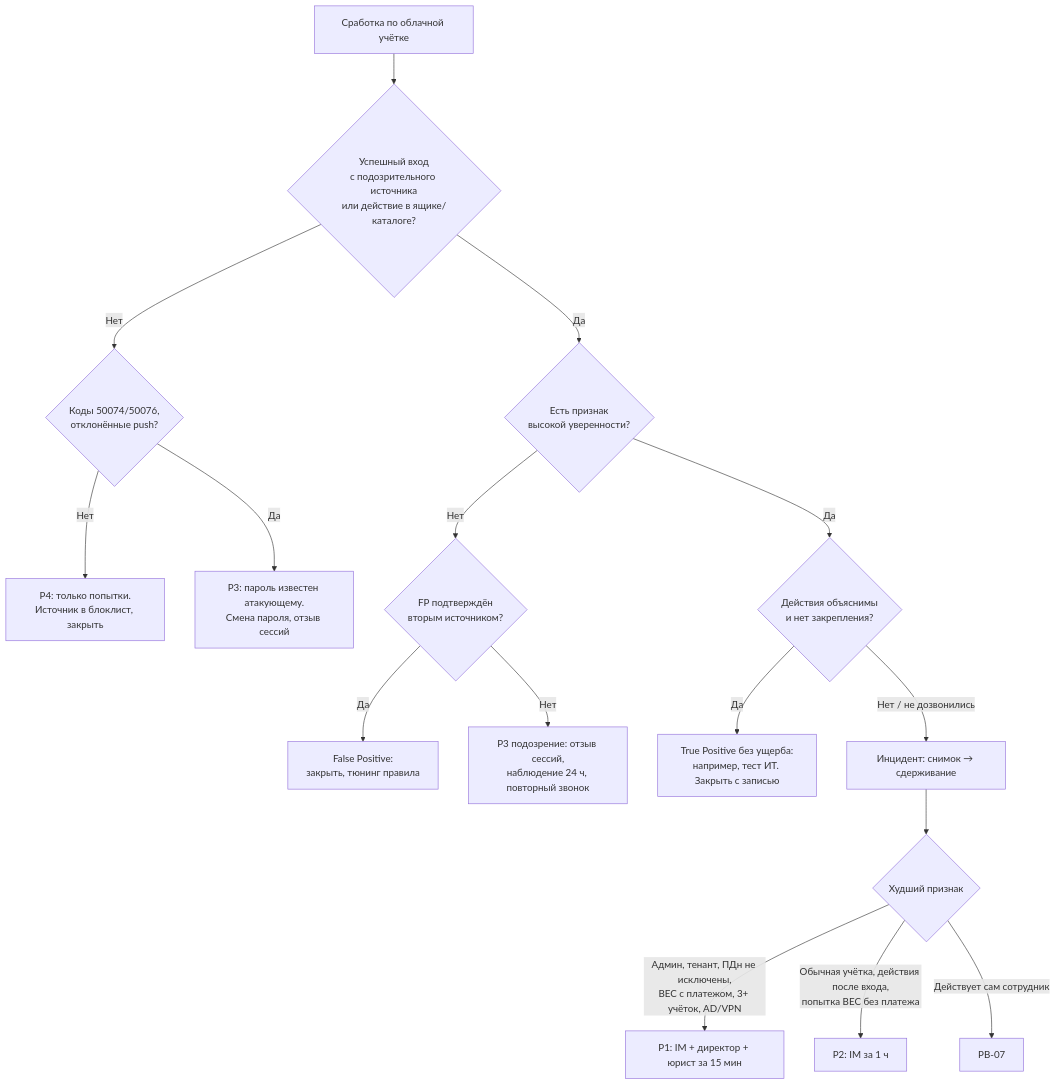
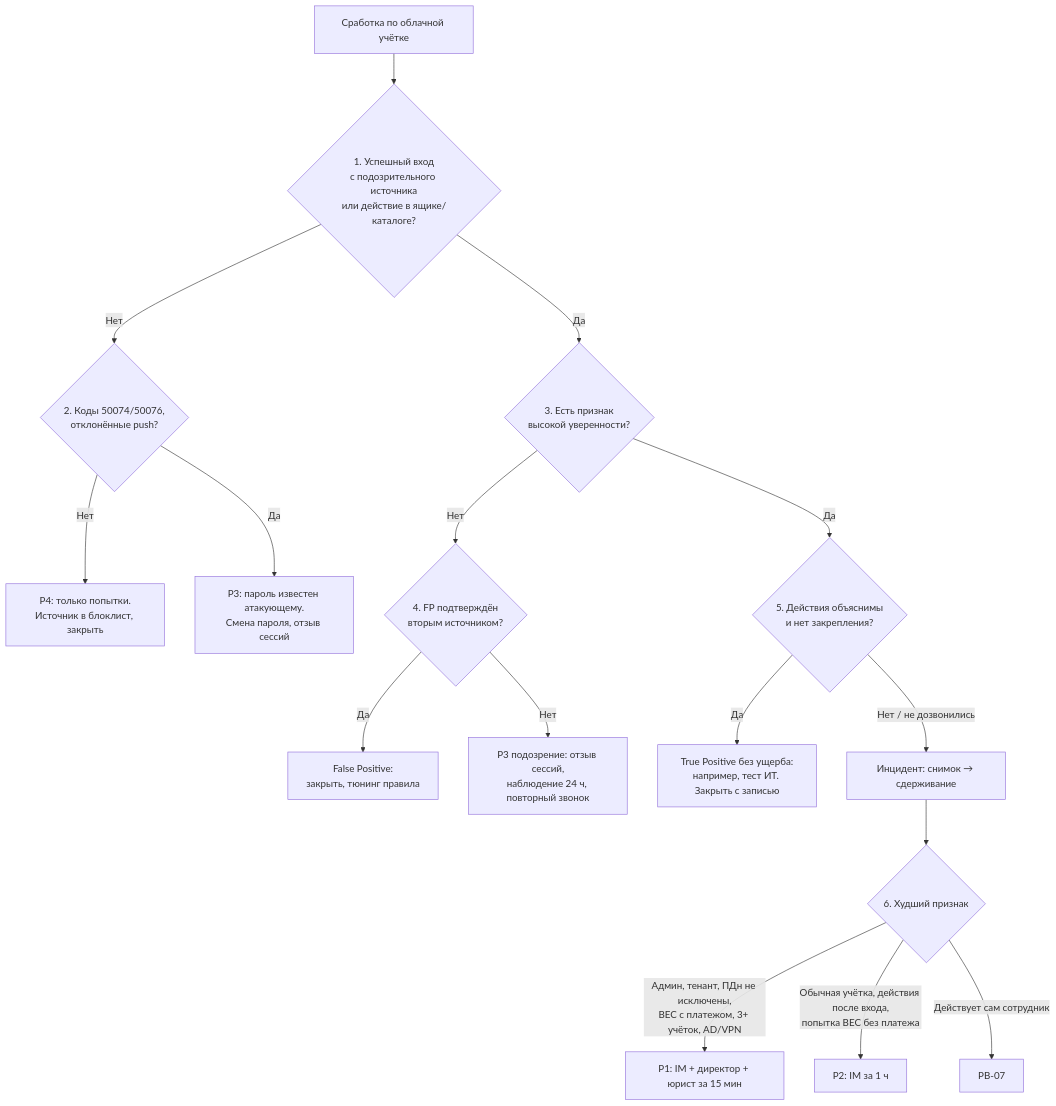
One commit to vehpbkrby/security-playbook changed the diagram in playbooks/PB-10-cloud-account-compromise.md. Above: the diagram before and after it, drawn with Mermaid. The commit also changed other lines of this file and 13 other files, not shown here.

````diff
--- a/playbooks/PB-10-cloud-account-compromise.md
+++ b/playbooks/PB-10-cloud-account-compromise.md
@@ -212,18 +166,18 @@
 ```mermaid
 flowchart TD
-    A[Сработка по облачной учётке] --> B{Успешный вход<br/>с подозрительного источника<br/>или действие в ящике/каталоге?}
-    B -- Нет --> C{Коды 50074/50076,<br/>отклонённые push?}
+    A[Сработка по облачной учётке] --> B{1. Успешный вход<br/>с подозрительного источника<br/>или действие в ящике/каталоге?}
+    B -- Нет --> C{2. Коды 50074/50076,<br/>отклонённые push?}
     C -- Нет --> P4[P4: только попытки.<br/>Источник в блоклист, закрыть]
     C -- Да --> P3a[P3: пароль известен атакующему.<br/>Смена пароля, отзыв сессий]
-    B -- Да --> D{Есть признак<br/>высокой уверенности?}
-    D -- Нет --> E{FP подтверждён<br/>вторым источником?}
+    B -- Да --> D{3. Есть признак<br/>высокой уверенности?}
+    D -- Нет --> E{4. FP подтверждён<br/>вторым источником?}
     E -- Да --> FP[False Positive:<br/>закрыть, тюнинг правила]
     E -- Нет --> P3b[P3 подозрение: отзыв сессий,<br/>наблюдение 24 ч, повторный звонок]
-    D -- Да --> F{Действия объяснимы<br/>и нет закрепления?}
+    D -- Да --> F{5. Действия объяснимы<br/>и нет закрепления?}
     F -- Да --> BTP[True Positive без ущерба:<br/>например, тест ИТ. Закрыть с записью]
     F -- Нет / не дозвонились --> TP[Инцидент: снимок → сдерживание]
-    TP --> G{Худший признак}
+    TP --> G{6. Худший признак}
     G -- Админ, тенант, ПДн не исключены,<br/>BEC с платежом, 3+ учёток, AD/VPN --> P1[P1: IM + директор + юрист за 15 мин]
     G -- Обычная учётка, действия после входа,<br/>попытка BEC без платежа --> P2[P2: IM за 1 ч]
     G -- Действует сам сотрудник --> PB07[PB-07]
 ```
````
